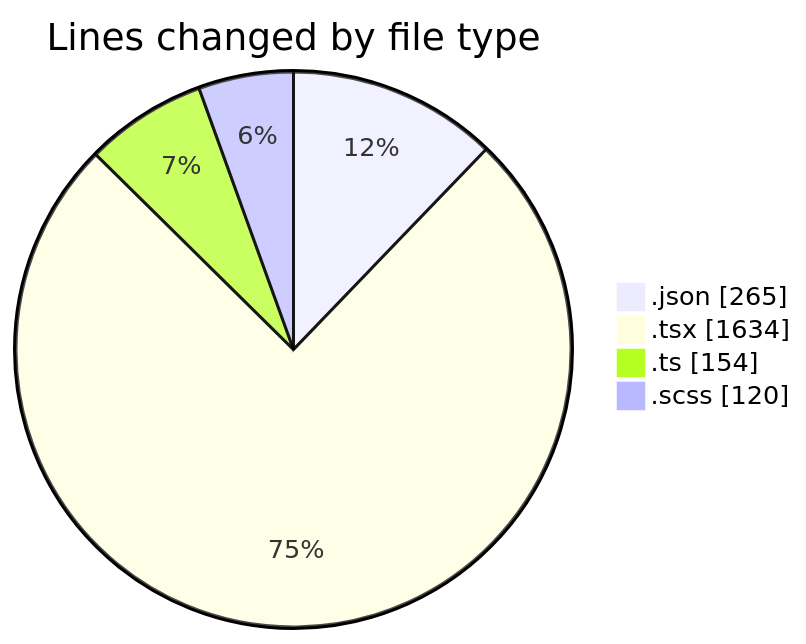
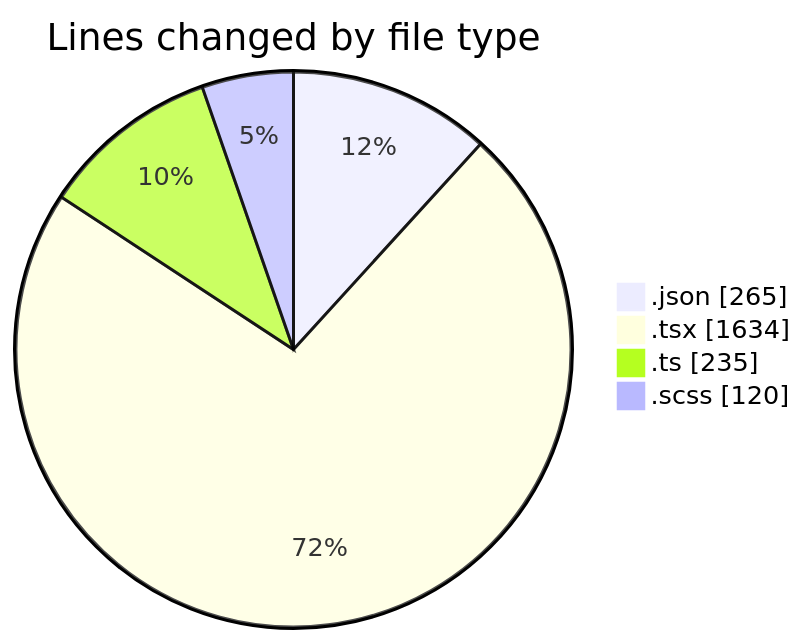
The first of 2 diagrams in 2026-04-22/cda/README.md (momahboobian/code-tracking), drawn with Mermaid before and after one commit. The commit also changed other lines of this file and 1 other file, not shown here.

````diff
--- a/2026-04-22/cda/README.md
+++ b/2026-04-22/cda/README.md
@@ -30,8 +31,8 @@
 ```mermaid
 pie showData
 title Lines changed by file type
 ".json" : 265
 ".tsx" : 1634
-".ts" : 154
+".ts" : 235
 ".scss" : 120
 ```
````
